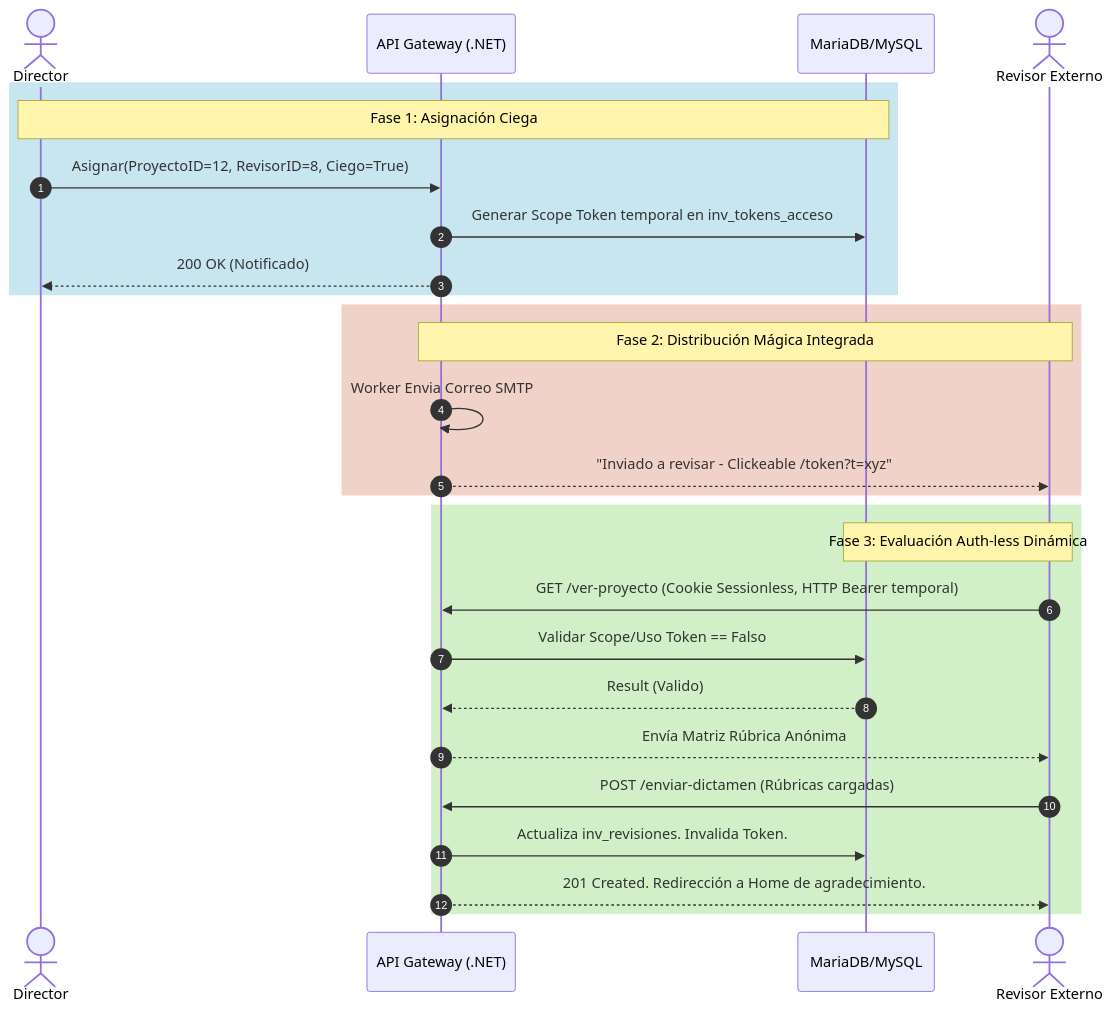
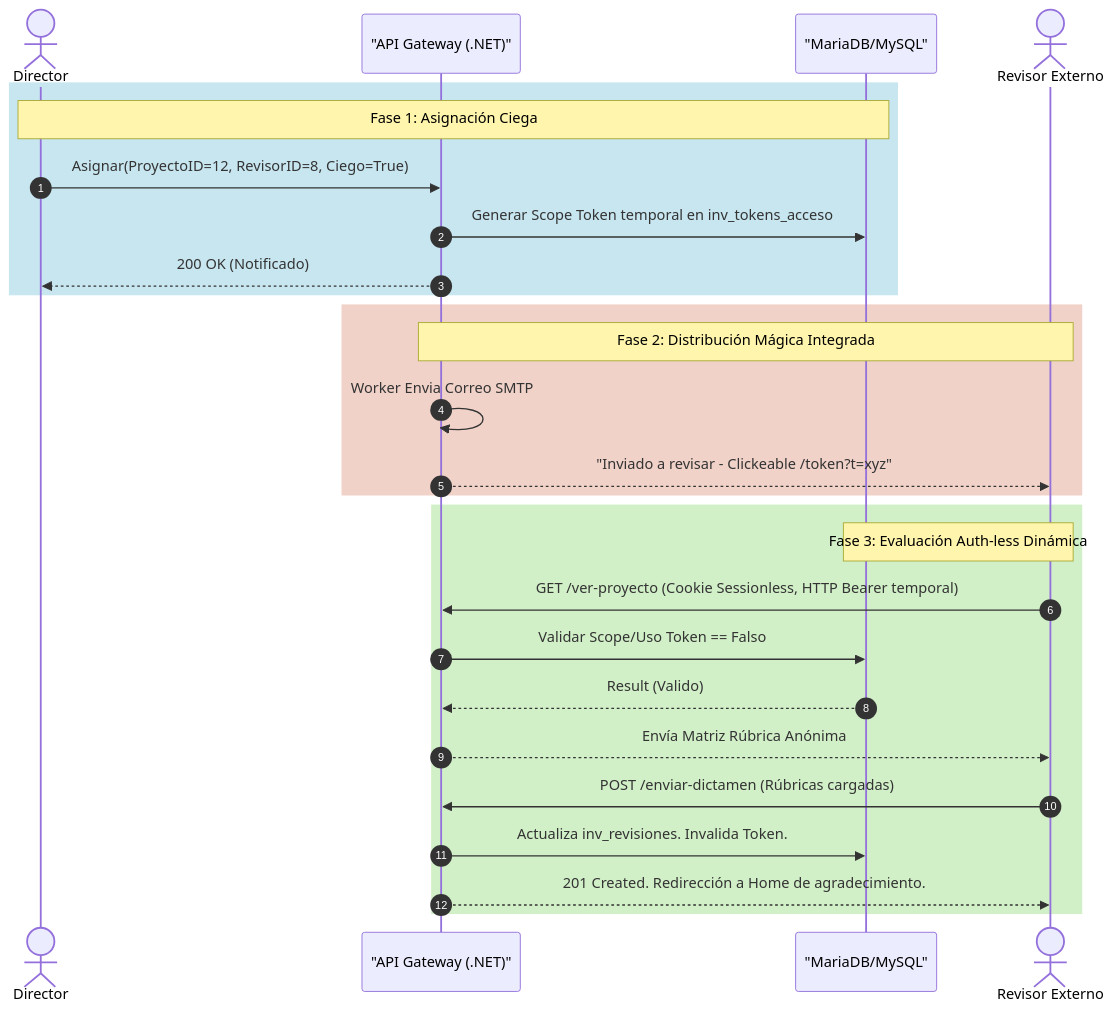
One commit to JorgeDoicela/diitra changed the first of 2 diagrams in docs/06_flujos_trabajo.md. Above: the diagram before and after it, drawn with Mermaid. The commit also changed 1 other file, not shown here.

Commit message:
Corrección doc

````diff
--- a/docs/06_flujos_trabajo.md
+++ b/docs/06_flujos_trabajo.md
@@ -9,32 +9,32 @@
 ```mermaid
 sequenceDiagram
     autonumber
     actor DR as Director
-    participant GW as API Gateway (.NET)
-    participant DB as MariaDB/MySQL
+    participant GW as "API Gateway (.NET)"
+    participant DB as "MariaDB/MySQL"
     actor RE as Revisor Externo
     
     rect rgb(200, 230, 240)
         Note over DR,DB: Fase 1: Asignación Ciega
         DR->>GW: Asignar(ProyectoID=12, RevisorID=8, Ciego=True)
         GW->>DB: Generar Scope Token temporal en inv_tokens_acceso
         GW-->>DR: 200 OK (Notificado)
     end
     
     rect rgb(240, 210, 200)
         Note over GW,RE: Fase 2: Distribución Mágica Integrada
         GW->>GW: Worker Envia Correo SMTP
         GW-->>RE: "Inviado a revisar - Clickeable /token?t=xyz"
     end
     
     rect rgb(210, 240, 200)
         Note over RE,DB: Fase 3: Evaluación Auth-less Dinámica
         RE->>GW: GET /ver-proyecto (Cookie Sessionless, HTTP Bearer temporal)
         GW->>DB: Validar Scope/Uso Token == Falso
         DB-->>GW: Result (Valido)
         GW-->>RE: Envía Matriz Rúbrica Anónima
         RE->>GW: POST /enviar-dictamen (Rúbricas cargadas)
         GW->>DB: Actualiza inv_revisiones. Invalida Token.
         GW-->>RE: 201 Created. Redirección a Home de agradecimiento.
     end
 ```
````
